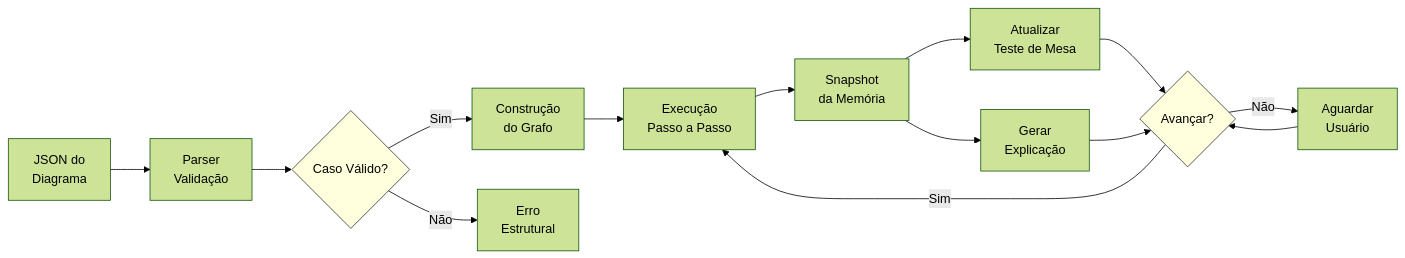
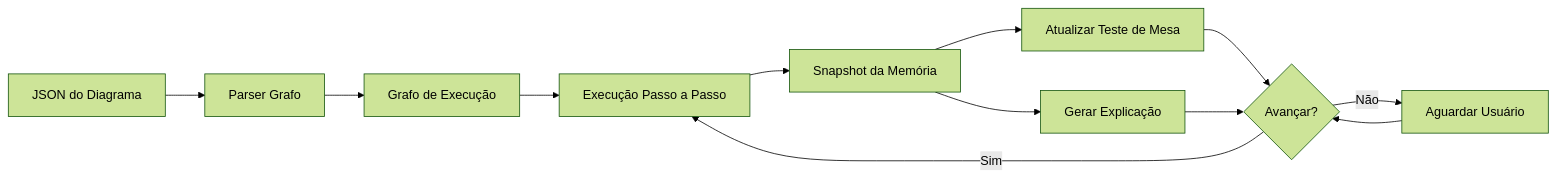
One commit to si-utfpr-gp/blade changed the seventh of 7 diagrams in docs/ssd.md. Above: the diagram before and after it, drawn with Mermaid (forest theme). The commit also changed other lines of this file and 6 other files, not shown here.

First line of the commit message:
@lucasgfaj/feat/parser-json-diagram-execution-graph (#63)

````diff
--- a/docs/ssd.md
+++ b/docs/ssd.md
@@ -571,19 +536,14 @@
 ```mermaid
-flowchart LR
-    A[JSON do<br/>Diagrama] --> B[Parser<br/>Validação]
-    B --> C{Caso Válido?}
-    C -->|Sim| D[Construção<br/>do Grafo]
-    C -->|Não| E[Erro<br/>Estrutural]
-    D --> F[Execução<br/>Passo a Passo]
-    F --> G[Snapshot<br/>da Memória]
-    G --> H[Atualizar<br/>Teste de Mesa]
-    G --> I[Gerar<br/>Explicação]
-    H --> J{Avançar?}
-    I --> J
-    J -->|Sim| F
-    J -->|Não| K[Aguardar<br/>Usuário]
-    K --> J
-
-    style C fill:#ffd,stroke:#333
-    style J fill:#ffd,stroke:#333
+graph LR
+    A[JSON do Diagrama] --> B[Parser Grafo]
+    B --> C[Grafo de Execução]
+    C --> D[Execução Passo a Passo]
+    D --> E[Snapshot da Memória]
+    E --> F[Atualizar Teste de Mesa]
+    E --> G[Gerar Explicação]
+    F --> H{Avançar?}
+    G --> H
+    H -->|Sim| D
+    H -->|Não| I[Aguardar Usuário]
+    I --> H
 ```
````
